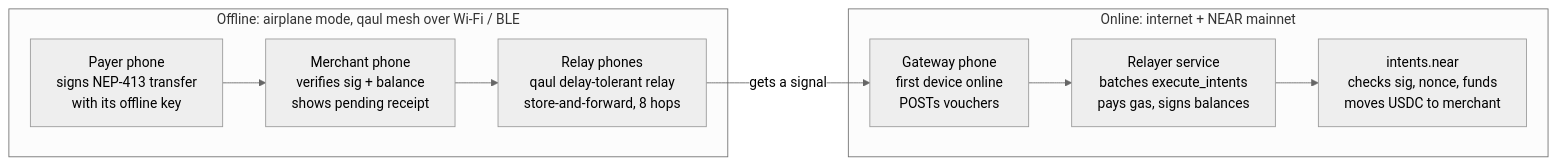
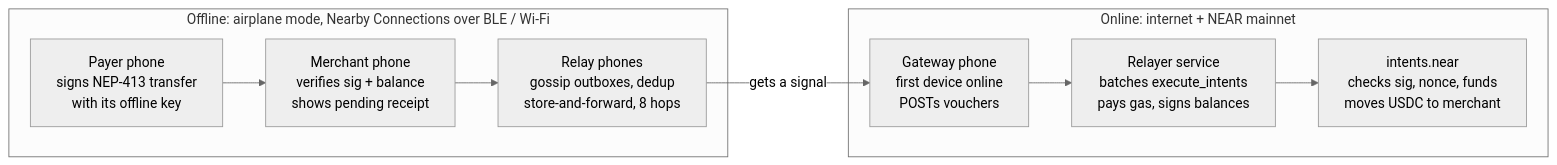
The diagram in docs/SPEC.md (dastansam/nearby), drawn with Mermaid (neutral theme) before and after one commit. The commit also changed other lines of this file and 5 other files, not shown here.

````diff
--- a/docs/SPEC.md
+++ b/docs/SPEC.md
@@ -25,16 +44,16 @@
 ```mermaid
 flowchart LR
-  subgraph offline["Offline: airplane mode, qaul mesh over Wi-Fi / BLE"]
+  subgraph offline["Offline: airplane mode, Nearby Connections over BLE / Wi-Fi"]
     payer["Payer phone<br/>signs NEP-413 transfer<br/>with its offline key"]
     merchant["Merchant phone<br/>verifies sig + balance<br/>shows pending receipt"]
-    relays["Relay phones<br/>qaul delay-tolerant relay<br/>store-and-forward, 8 hops"]
+    relays["Relay phones<br/>gossip outboxes, dedup<br/>store-and-forward, 8 hops"]
     payer --> merchant --> relays
   end
   subgraph online["Online: internet + NEAR mainnet"]
     gateway["Gateway phone<br/>first device online<br/>POSTs vouchers"]
     relayer["Relayer service<br/>batches execute_intents<br/>pays gas, signs balances"]
     intents["intents.near<br/>checks sig, nonce, funds<br/>moves USDC to merchant"]
     gateway --> relayer --> intents
   end
   relays -- "gets a signal" --> gateway
 ```
````
